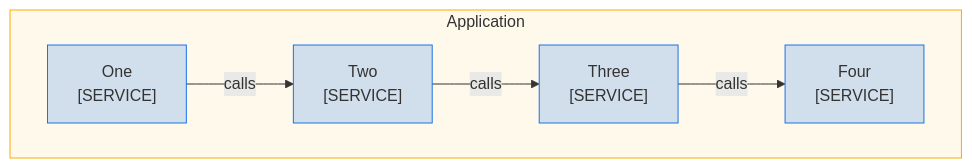
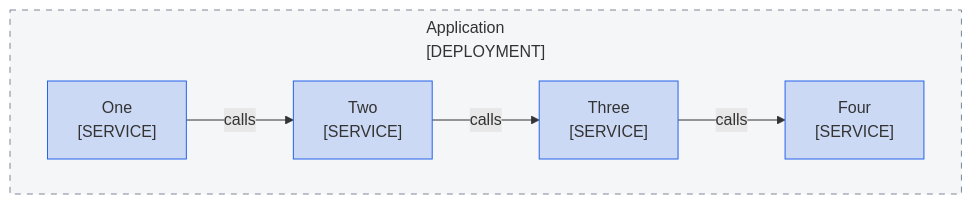
The diagram in skills/docsmith/scripts/fixtures/bad/mmd-boundary-sideways.md (choonchernlim/skills), drawn with Mermaid before and after one commit. The commit also changed other lines of this file and 127 other files, not shown here.

````diff
--- a/skills/docsmith/scripts/fixtures/bad/mmd-boundary-sideways.md
+++ b/skills/docsmith/scripts/fixtures/bad/mmd-boundary-sideways.md
@@ -12,18 +12,19 @@
 ```mermaid
 graph TD
-  subgraph App["Application"]
+  %%{init: {"themeCSS": ".cluster-label, .cluster-label div, .cluster-label span, .cluster-label p { text-align: center !important; }", "flowchart": {"curve": "rounded", "subGraphTitleMargin": {"top": 6, "bottom": 30}}}}%%
+  subgraph App["Application<br/>[DEPLOYMENT]"]
     direction LR
     One["One<br/>[SERVICE]"]
     Two["Two<br/>[SERVICE]"]
     Three["Three<br/>[SERVICE]"]
     Four["Four<br/>[SERVICE]"]
   end
   One -->|"calls"| Two
   Two -->|"calls"| Three
   Three -->|"calls"| Four
 
   class One,Two,Three,Four own
   class App boundary
-  classDef own fill:#1a73e833,stroke:#1a73e8
-  classDef boundary fill:#f9ab0014,stroke:#f9ab00
+  classDef own fill:#2563eb33,stroke:#2563eb
+  classDef boundary fill:#7d879914,stroke:#7d8799,stroke-dasharray:6
 ```
````
